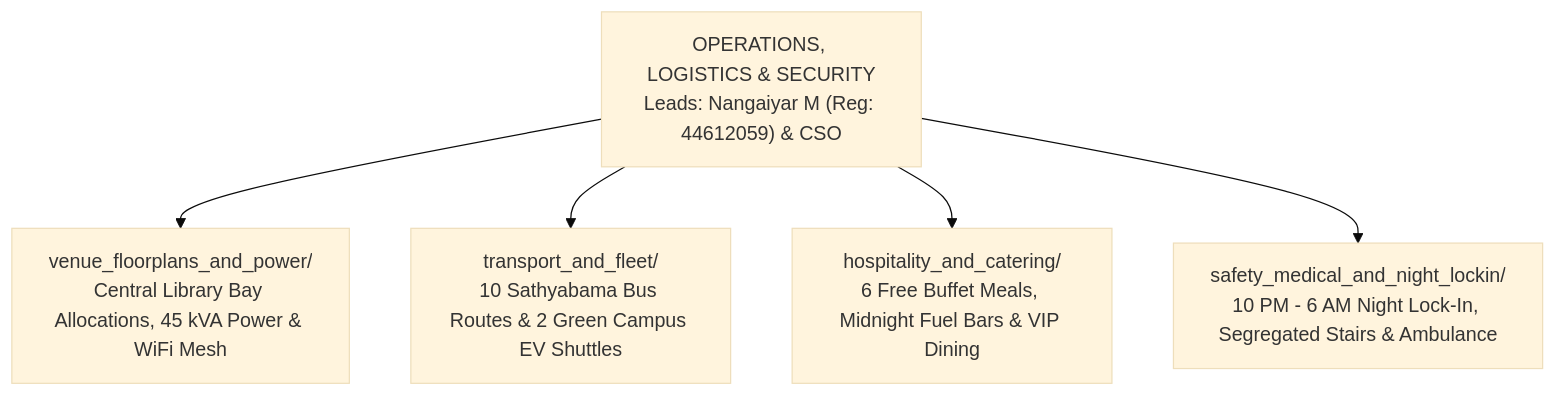
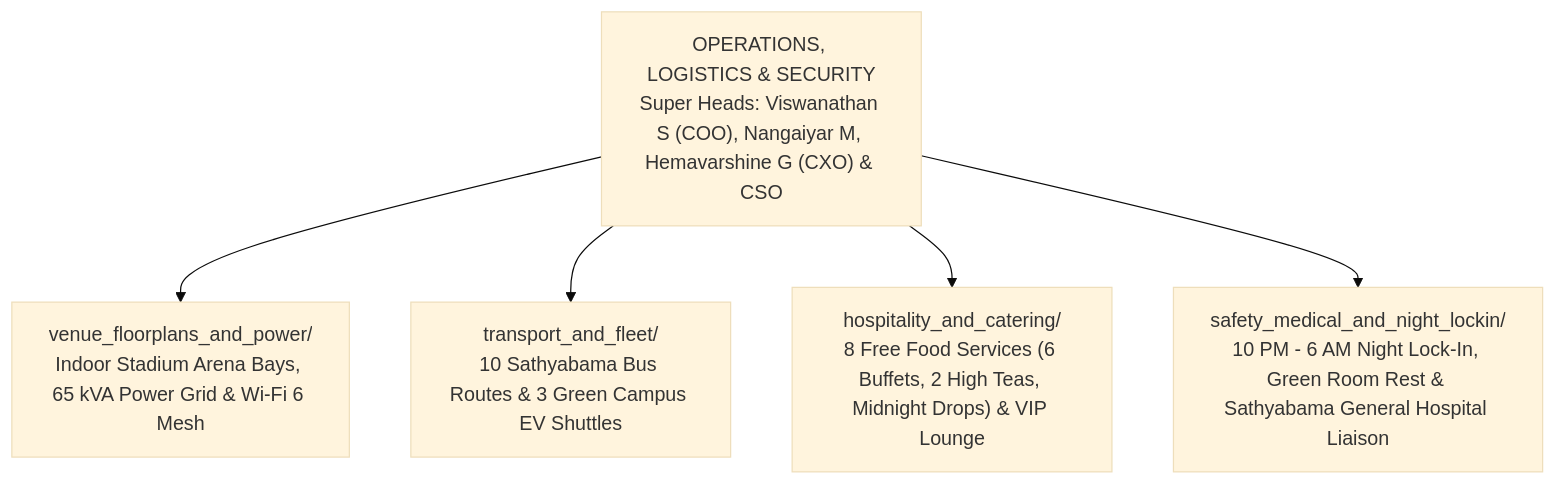
One commit to MasterZ1311/Kairos changed the diagram in teams/06_operations_logistics_and_security/README.md. Above: the diagram before and after it, drawn with Mermaid (base theme). The commit also changed other lines of this file and 100 other files, not shown here.

````diff
--- a/teams/06_operations_logistics_and_security/README.md
+++ b/teams/06_operations_logistics_and_security/README.md
@@ -22,9 +25,9 @@
 ```mermaid
 graph TD
-    OPS["OPERATIONS, LOGISTICS & SECURITY<br/>Leads: Nangaiyar M (Reg: 44612059) & CSO"]
+    OPS["OPERATIONS, LOGISTICS & SECURITY<br/>Super Heads: Viswanathan S (COO), Nangaiyar M, Hemavarshine G (CXO) & CSO"]
     
-    OPS --> O1["venue_floorplans_and_power/<br/>Central Library Bay Allocations, 45 kVA Power & WiFi Mesh"]
-    OPS --> O2["transport_and_fleet/<br/>10 Sathyabama Bus Routes & 2 Green Campus EV Shuttles"]
-    OPS --> O3["hospitality_and_catering/<br/>6 Free Buffet Meals, Midnight Fuel Bars & VIP Dining"]
-    OPS --> O4["safety_medical_and_night_lockin/<br/>10 PM - 6 AM Night Lock-In, Segregated Stairs & Ambulance"]
+    OPS --> O1["venue_floorplans_and_power/<br/>Indoor Stadium Arena Bays, 65 kVA Power Grid & Wi-Fi 6 Mesh"]
+    OPS --> O2["transport_and_fleet/<br/>10 Sathyabama Bus Routes & 3 Green Campus EV Shuttles"]
+    OPS --> O3["hospitality_and_catering/<br/>8 Free Food Services (6 Buffets, 2 High Teas, Midnight Drops) & VIP Lounge"]
+    OPS --> O4["safety_medical_and_night_lockin/<br/>10 PM - 6 AM Night Lock-In, Green Room Rest & Sathyabama General Hospital Liaison"]
 ```
````
